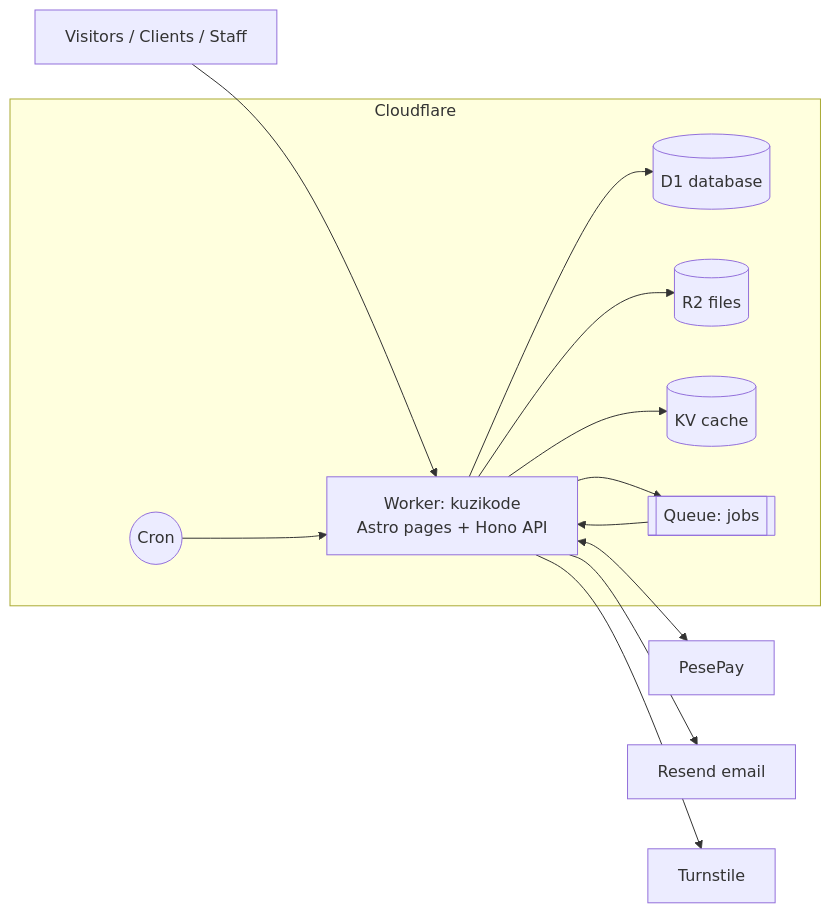
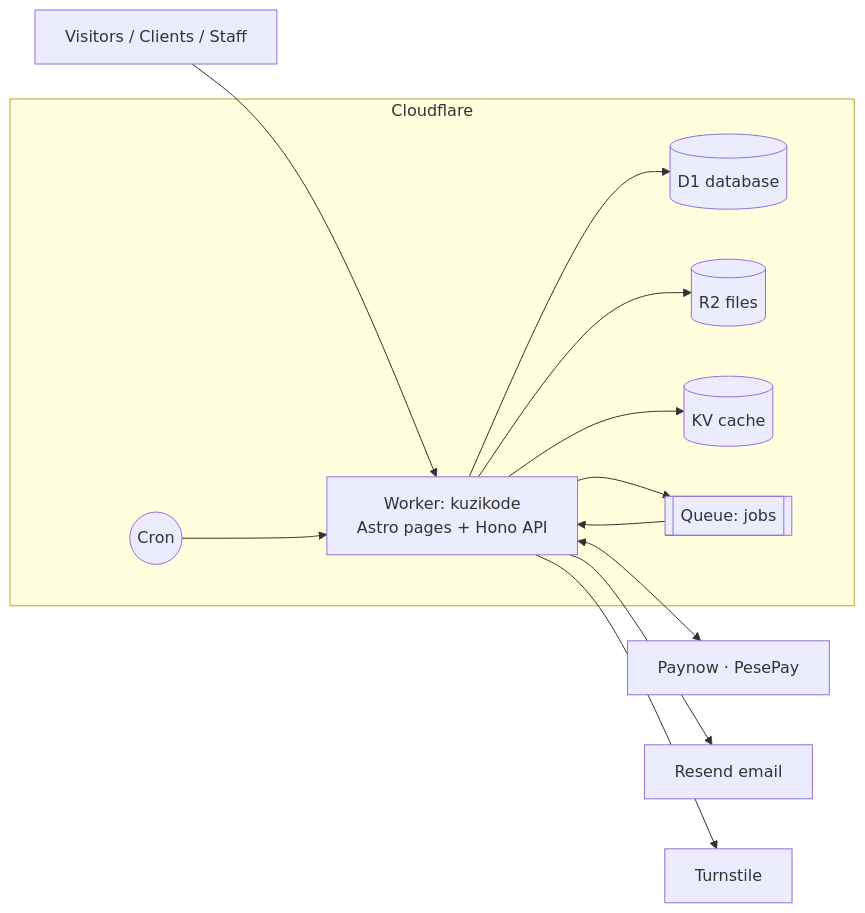
Before and after one commit to mhodieknowledge/kuzikode-platform: the first of 4 diagrams in KANSO-NOTE.md, drawn with Mermaid. The commit also changed other lines of this file and 15 other files, not shown here.

````diff
--- a/KANSO-NOTE.md
+++ b/KANSO-NOTE.md
@@ -59,18 +59,18 @@
 ```mermaid
 flowchart LR
     V[Visitors / Clients / Staff] --> W
 
     subgraph CF[Cloudflare]
         W[Worker: kuzikode<br/>Astro pages + Hono API]
         W --> D1[(D1 database)]
         W --> R2[(R2 files)]
         W --> KV[(KV cache)]
         W --> Q[[Queue: jobs]]
         Q --> W
         C((Cron)) --> W
     end
 
-    W <--> P[PesePay]
+    W <--> P[Paynow · PesePay]
     W --> E[Resend email]
     W --> T[Turnstile]
 ```
````
